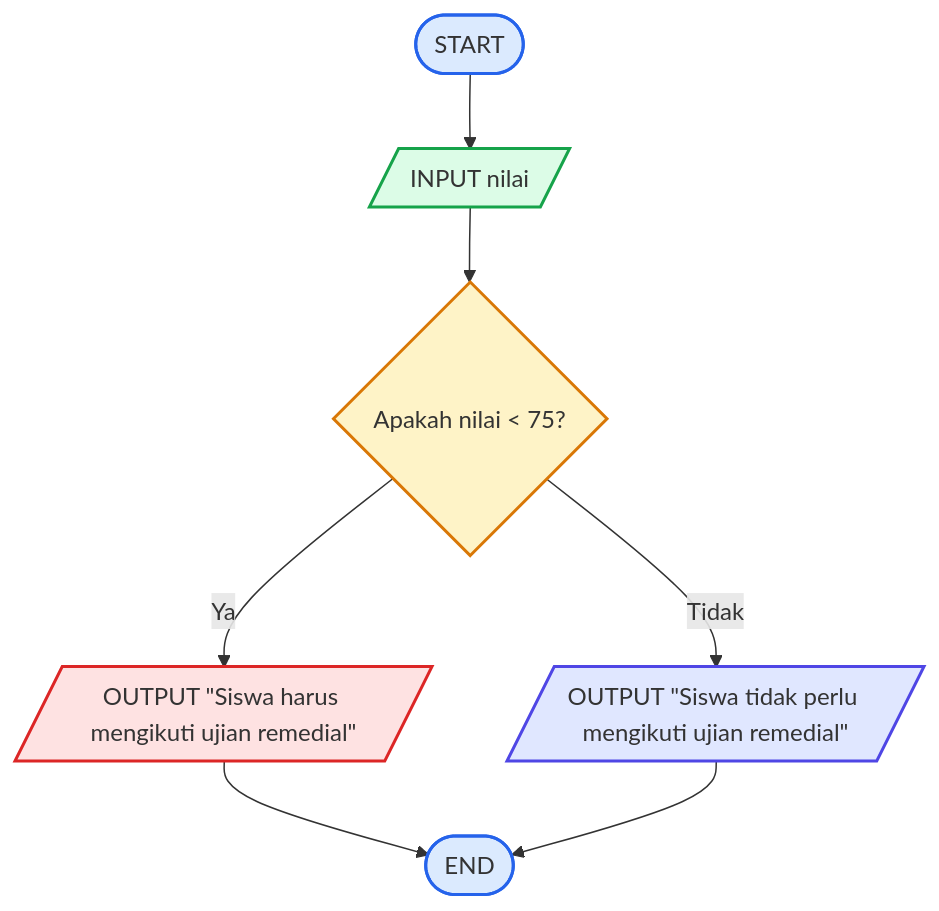
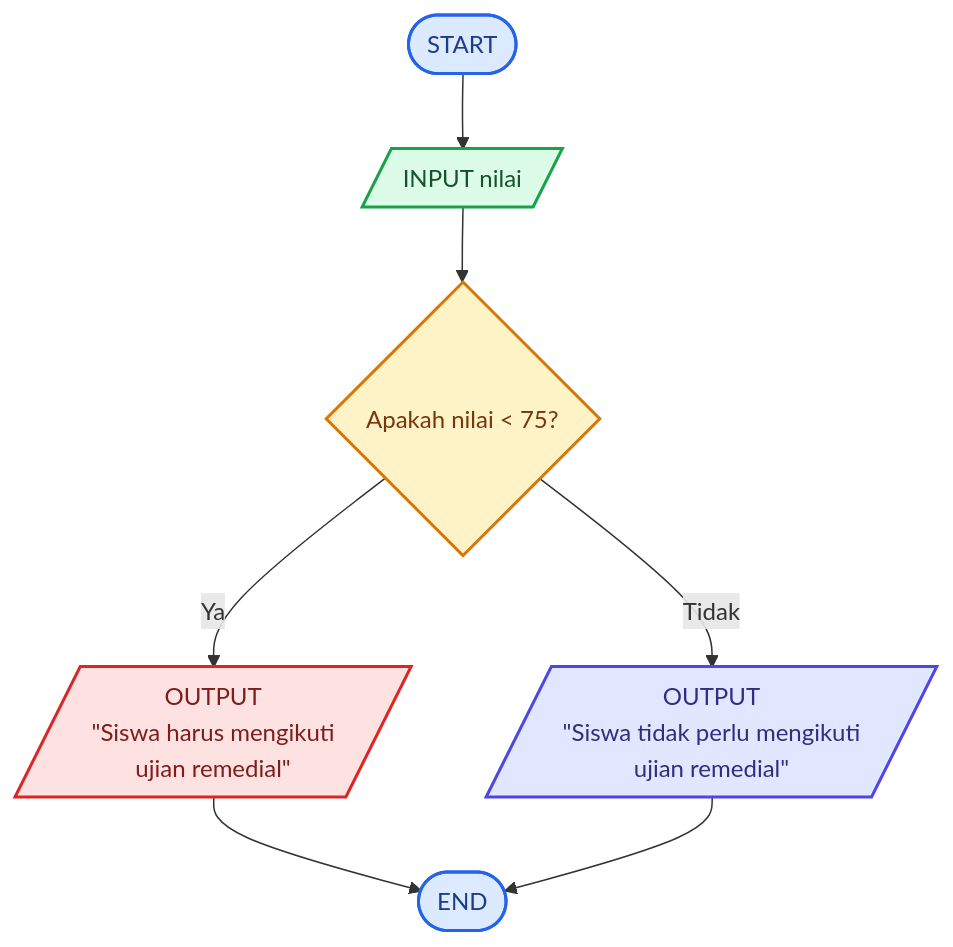
One commit to FikriYustiawann/KELAS-3-E-ALGORITMA-PEMOGRAMAN changed the diagram in README.md. Above: the diagram before and after it, drawn with Mermaid. The commit also changed other lines of this file, not shown here.

````diff
--- a/README.md
+++ b/README.md
@@ -22,18 +22,18 @@
 ```mermaid
 flowchart TD
     A([START]) --> B[/INPUT nilai/]
     B --> C{Apakah nilai < 75?}
 
-    C -->|Ya| D[/OUTPUT "Siswa harus mengikuti ujian remedial"/]
-    C -->|Tidak| E[/OUTPUT "Siswa tidak perlu mengikuti ujian remedial"/]
+    C -->|Ya| D[/OUTPUT<br/>"Siswa harus mengikuti<br/>ujian remedial"/]
+    C -->|Tidak| E[/OUTPUT<br/>"Siswa tidak perlu mengikuti<br/>ujian remedial"/]
 
     D --> F([END])
     E --> F
 
-    style A fill:#dbeafe,stroke:#2563eb,stroke-width:2px
-    style B fill:#dcfce7,stroke:#16a34a,stroke-width:2px
-    style C fill:#fef3c7,stroke:#d97706,stroke-width:2px
-    style D fill:#fee2e2,stroke:#dc2626,stroke-width:2px
-    style E fill:#e0e7ff,stroke:#4f46e5,stroke-width:2px
-    style F fill:#dbeafe,stroke:#2563eb,stroke-width:2px
+    style A fill:#dbeafe,stroke:#2563eb,stroke-width:2px,color:#1e3a8a
+    style B fill:#dcfce7,stroke:#16a34a,stroke-width:2px,color:#14532d
+    style C fill:#fef3c7,stroke:#d97706,stroke-width:2px,color:#78350f
+    style D fill:#fee2e2,stroke:#dc2626,stroke-width:2px,color:#7f1d1d
+    style E fill:#e0e7ff,stroke:#4f46e5,stroke-width:2px,color:#312e81
+    style F fill:#dbeafe,stroke:#2563eb,stroke-width:2px,color:#1e3a8a
 ```
````
